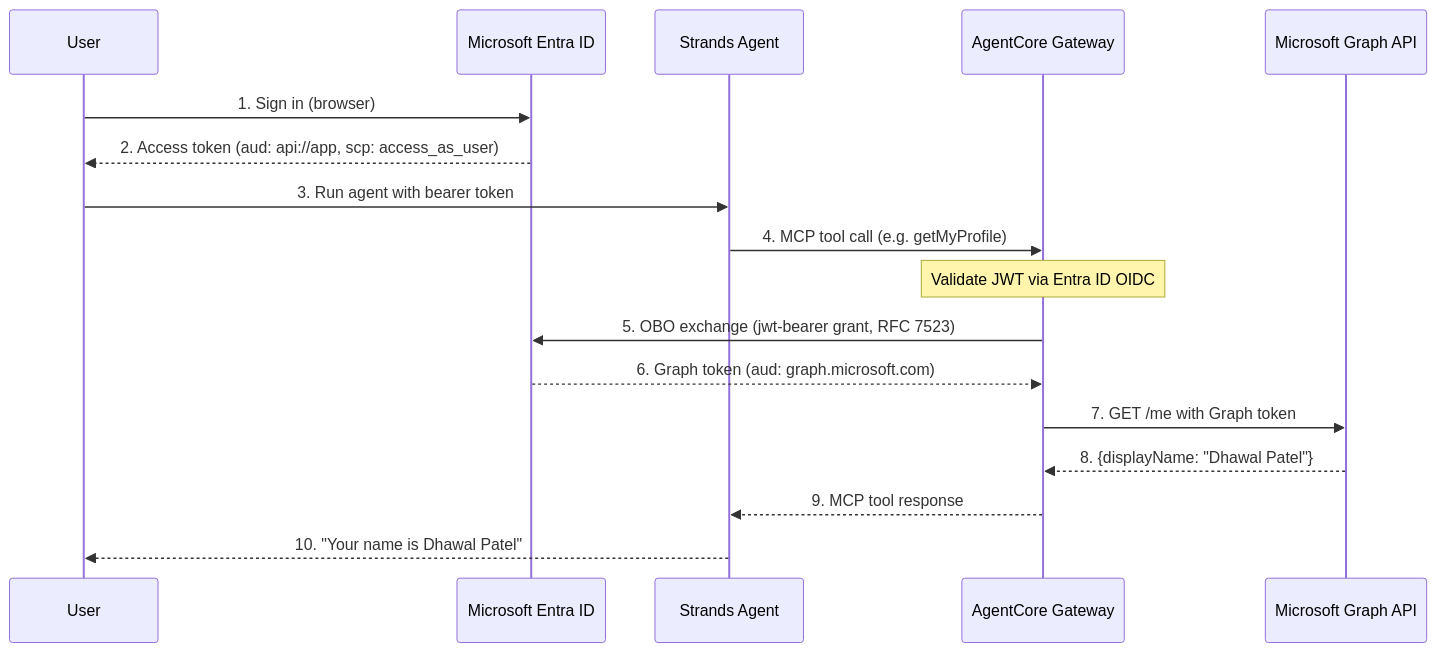
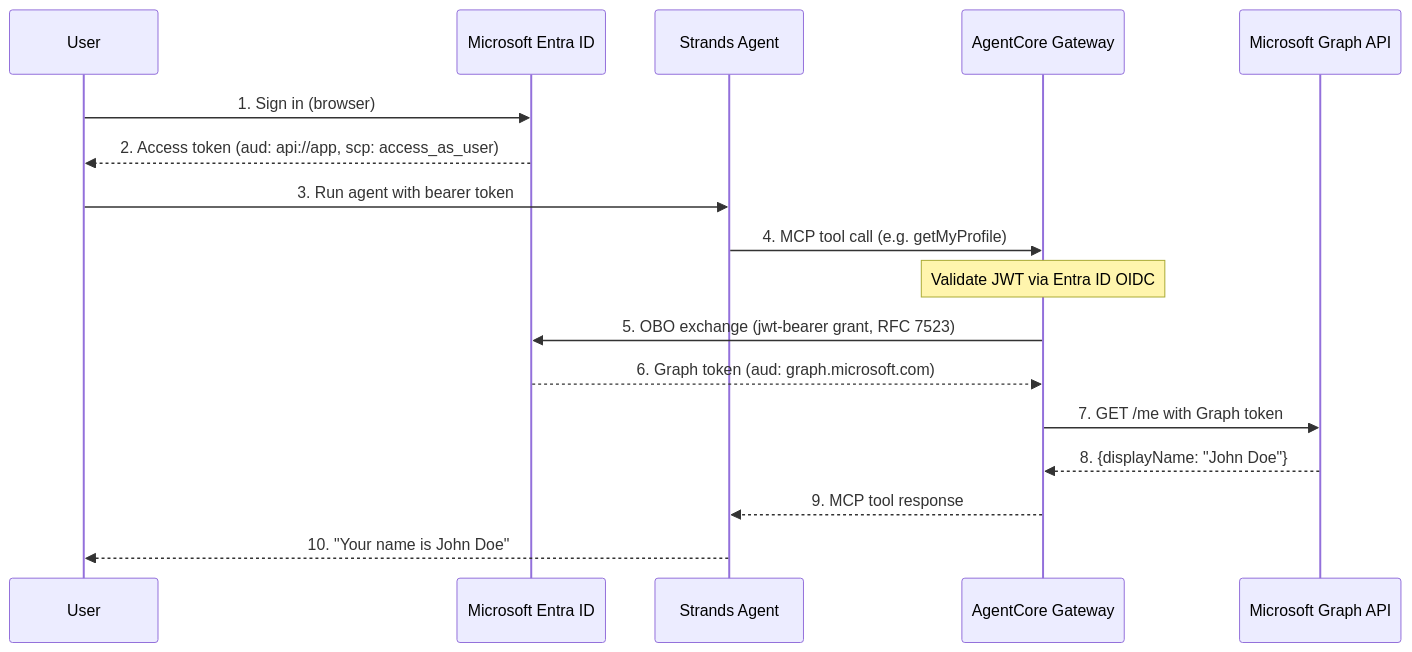
Before and after one commit to dhawalkp/agentcore-samples: the diagram in 01-tutorials/02-AgentCore-gateway/18-Outbound_Auth_OBO_Microsoft/README.md, drawn with Mermaid.

````diff
--- a/01-tutorials/02-AgentCore-gateway/18-Outbound_Auth_OBO_Microsoft/README.md
+++ b/01-tutorials/02-AgentCore-gateway/18-Outbound_Auth_OBO_Microsoft/README.md
@@ -19,25 +19,25 @@
 ```mermaid
 sequenceDiagram
     participant User
     participant Entra as Microsoft Entra ID
     participant Agent as Strands Agent
     participant GW as AgentCore Gateway
     participant Graph as Microsoft Graph API
 
     User->>Entra: 1. Sign in (browser)
     Entra-->>User: 2. Access token (aud: api://app, scp: access_as_user)
 
     User->>Agent: 3. Run agent with bearer token
     Agent->>GW: 4. MCP tool call (e.g. getMyProfile)
 
     Note over GW: Validate JWT via Entra ID OIDC
 
     GW->>Entra: 5. OBO exchange (jwt-bearer grant, RFC 7523)
     Entra-->>GW: 6. Graph token (aud: graph.microsoft.com)
 
     GW->>Graph: 7. GET /me with Graph token
-    Graph-->>GW: 8. {displayName: "Dhawal Patel"}
+    Graph-->>GW: 8. {displayName: "John Doe"}
 
     GW-->>Agent: 9. MCP tool response
-    Agent-->>User: 10. "Your name is Dhawal Patel"
+    Agent-->>User: 10. "Your name is John Doe"
 ```
````
